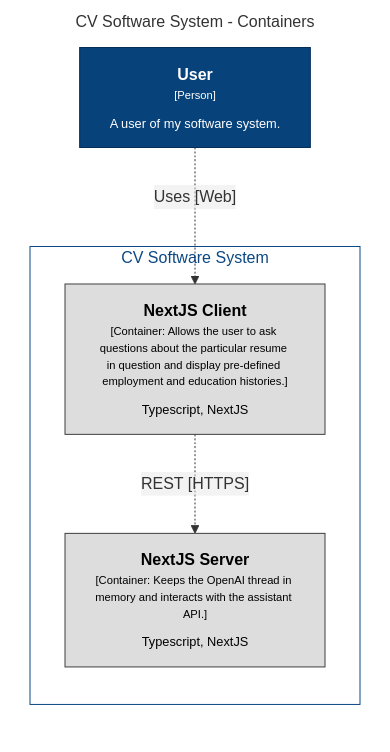
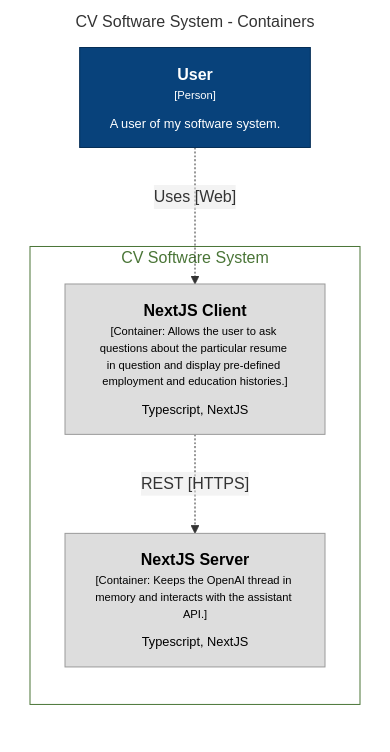
The third of 3 diagrams in README.md (alexknips/nextjs-cv), drawn with Mermaid before and after one commit. The commit also changed other lines of this file, not shown here.

````diff
--- a/README.md
+++ b/README.md
@@ -55,23 +56,23 @@
 ```mermaid
 graph LR
   linkStyle default fill:#ffffff
 
   subgraph diagram ["CV Software System - Containers"]
     style diagram fill:#ffffff,stroke:#ffffff
 
     2["<div style='font-weight: bold'>User</div><div style='font-size: 70%; margin-top: 0px'>[Person]</div><div style='font-size: 80%; margin-top:10px'>A user of my software system.</div>"]
     style 2 fill:#08427b,stroke:#052e56,color:#ffffff
 
     subgraph 4 [CV Software System]
-      style 4 fill:#ffffff,stroke:#0b4884,color:#0b4884
+      style 4 fill:#ffffff,stroke:#4a7537,color:#4a7537
 
       5["<div style='font-weight: bold'>NextJS Client</div><div style='font-size: 70%; margin-top: 0px'>[Container: Allows the user to ask questions about the particular resume in question and display pre-defined employment and education histories.]</div><div style='font-size: 80%; margin-top:10px'>Typescript, NextJS</div>"]
-      style 5 fill:#dddddd,stroke:#3e3e3e,color:#000000
+      style 5 fill:#dddddd,stroke:#9a9a9a,color:#000000
       6["<div style='font-weight: bold'>NextJS Server</div><div style='font-size: 70%; margin-top: 0px'>[Container: Keeps the OpenAI thread in memory and interacts with the assistant API.]</div><div style='font-size: 80%; margin-top:10px'>Typescript, NextJS</div>"]
-      style 6 fill:#dddddd,stroke:#3e3e3e,color:#000000
+      style 6 fill:#dddddd,stroke:#9a9a9a,color:#000000
     end
 
-    5-. "<div>REST [HTTPS]</div><div style='font-size: 70%;'></div>" .->6
+    5-. "<div>REST [HTTPS]</div><div style='font-size: 70%'></div>" .->6
     2-. "<div>Uses [Web]</div><div style='font-size: 70%'></div>" .->5
   end
 ```
````
